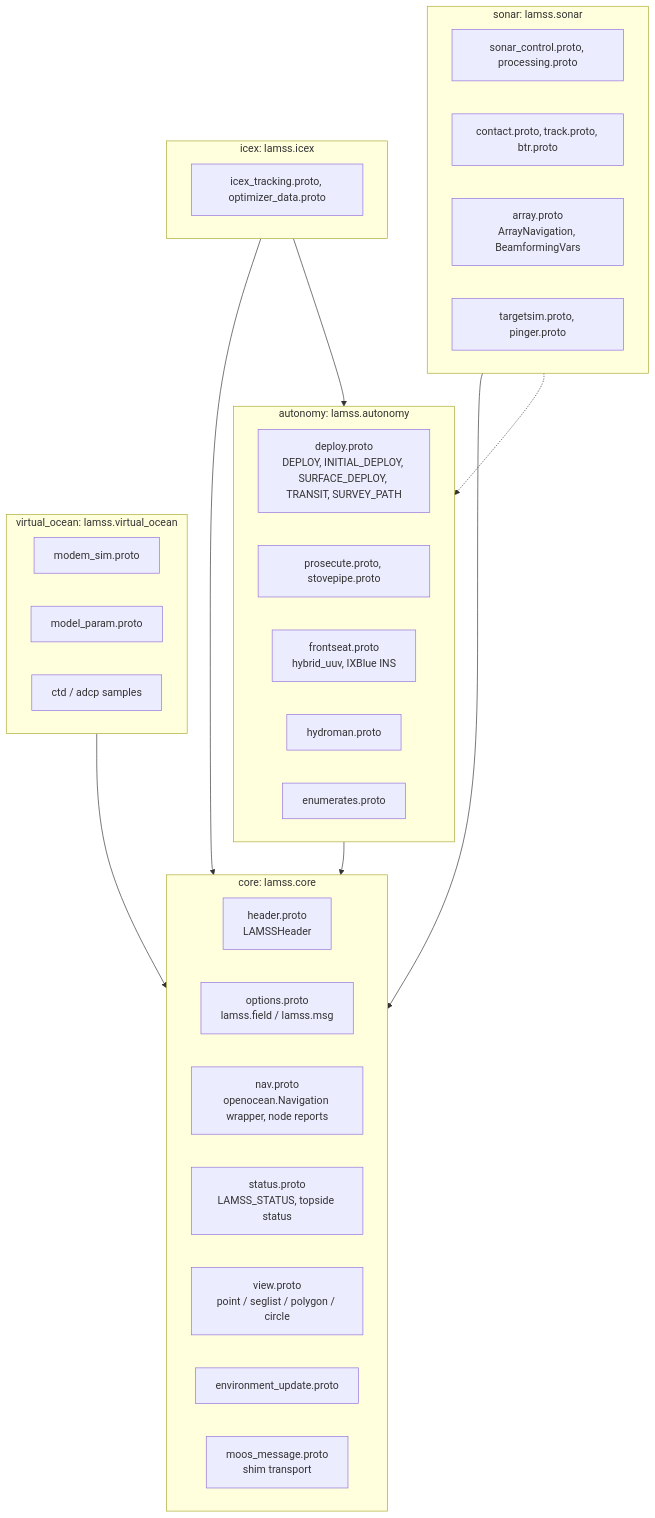
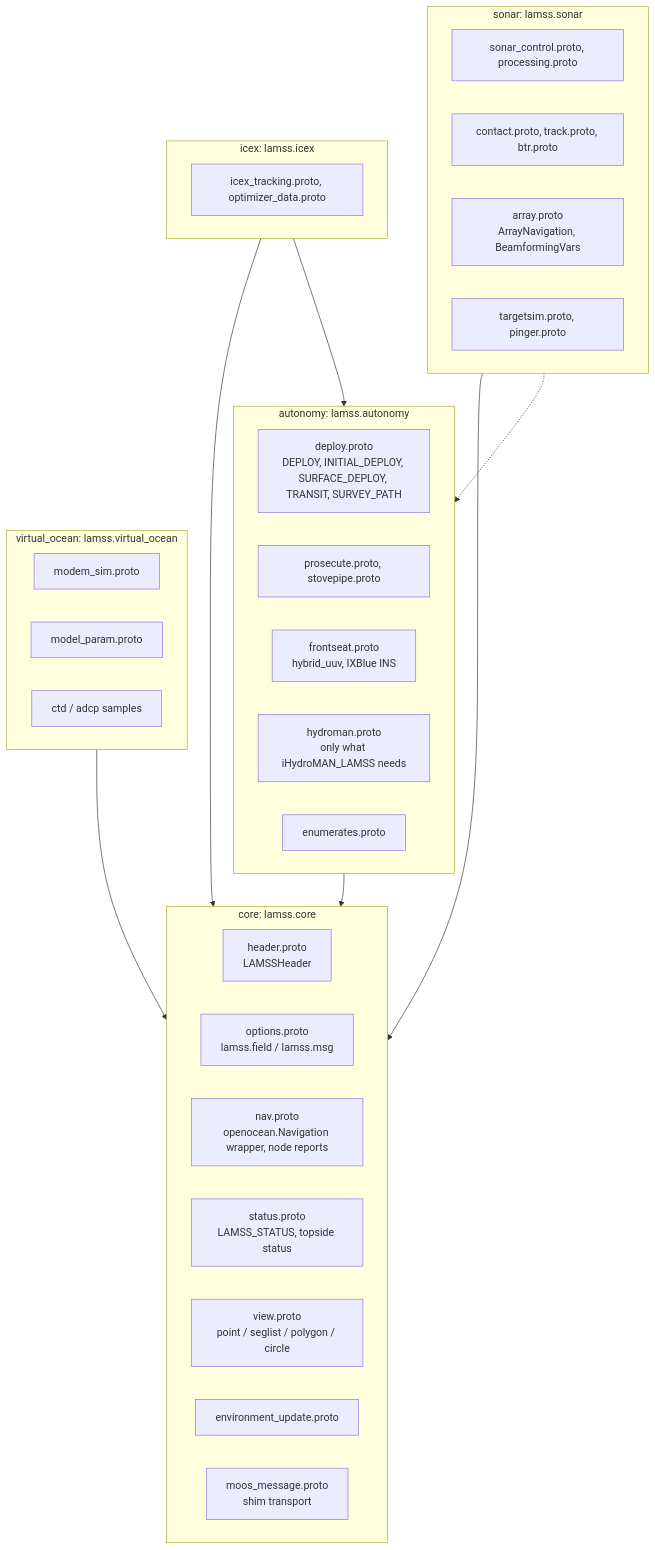
The first of 2 diagrams in core/src/doc/plan/claude/07-protobuf-split.md (GobySoft/lamss3), drawn with Mermaid before and after one commit. The commit also changed 7 other files, not shown here.

First line of the commit message:
Support external HydroMAN 2.0 only

````diff
--- a/core/src/doc/plan/claude/07-protobuf-split.md
+++ b/core/src/doc/plan/claude/07-protobuf-split.md
@@ -26,39 +26,39 @@
 ```mermaid
 flowchart TB
   subgraph core_p [core: lamss.core]
     hdr[header.proto<br/>LAMSSHeader]
     opt[options.proto<br/>lamss.field / lamss.msg]
     nav[nav.proto<br/>openocean.Navigation wrapper, node reports]
     status[status.proto<br/>LAMSS_STATUS, topside status]
     view[view.proto<br/>point / seglist / polygon / circle]
     env[environment_update.proto]
     moos[moos_message.proto<br/>shim transport]
   end
   subgraph auton_p [autonomy: lamss.autonomy]
     deploy[deploy.proto<br/>DEPLOY, INITIAL_DEPLOY, SURFACE_DEPLOY, TRANSIT, SURVEY_PATH]
     pros[prosecute.proto, stovepipe.proto]
     fs[frontseat.proto<br/>hybrid_uuv, IXBlue INS]
-    hm[hydroman.proto]
+    hm[hydroman.proto<br/>only what iHydroMAN_LAMSS needs]
     enums[enumerates.proto]
   end
   subgraph sonar_p [sonar: lamss.sonar]
     sc[sonar_control.proto, processing.proto]
     ct[contact.proto, track.proto, btr.proto]
     arr[array.proto<br/>ArrayNavigation, BeamformingVars]
     tgt[targetsim.proto, pinger.proto]
   end
   subgraph vo_p [virtual_ocean: lamss.virtual_ocean]
     ms[modem_sim.proto]
     mp[model_param.proto]
     samp[ctd / adcp samples]
   end
   subgraph icex_p [icex: lamss.icex]
     it[icex_tracking.proto, optimizer_data.proto]
   end
   auton_p --> core_p
   sonar_p --> core_p
   vo_p --> core_p
   icex_p --> core_p
   icex_p --> auton_p
   sonar_p -.-> auton_p
 ```
````
